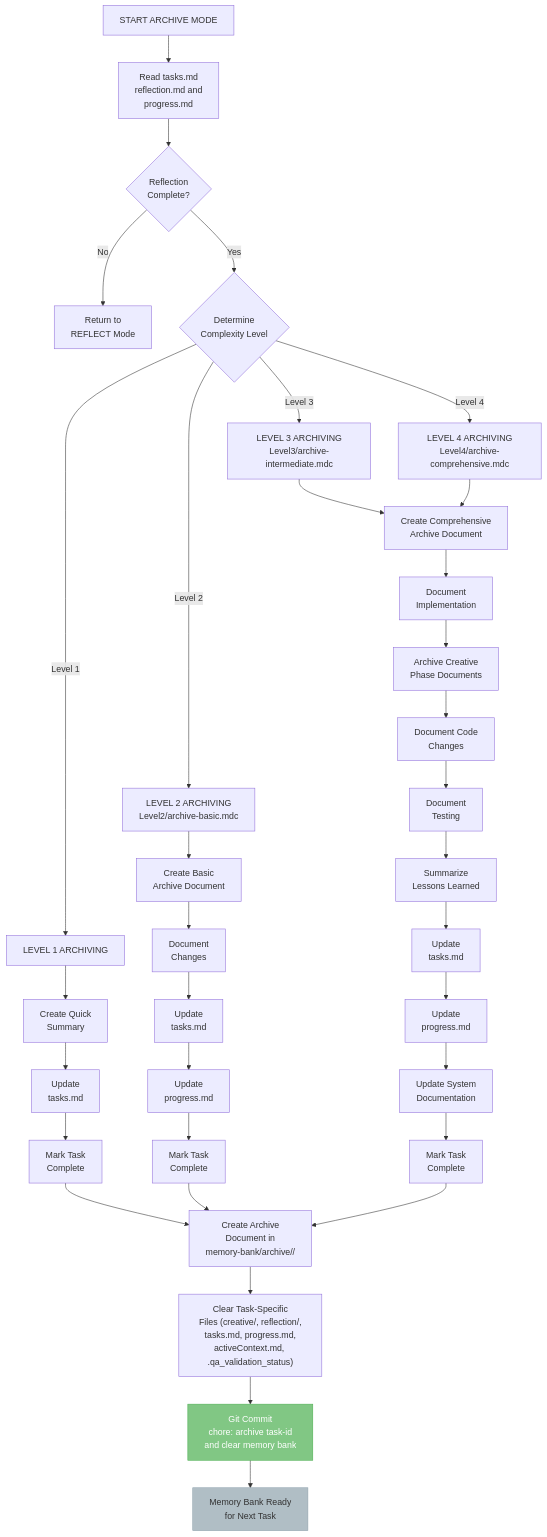
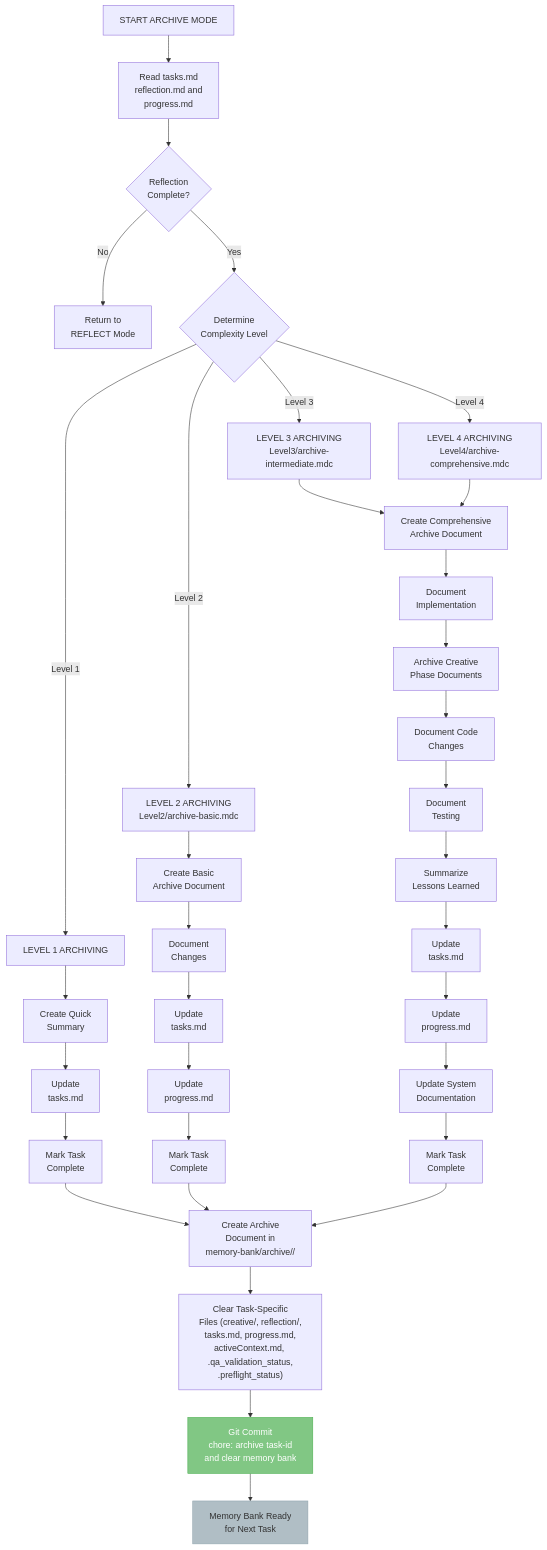
The first of 6 diagrams in rulesets/niko/niko/visual-maps/archive-mode-map.mdc (Texarkanine/.cursor-rules), drawn with Mermaid before and after one commit. The commit also changed other lines of this file and 22 other files, not shown here.

````diff
--- a/rulesets/niko/niko/visual-maps/archive-mode-map.mdc
+++ b/rulesets/niko/niko/visual-maps/archive-mode-map.mdc
@@ -13,48 +13,48 @@
 ```mermaid
 graph TD
     Start["START ARCHIVE MODE"] --> ReadTasks["Read tasks.md<br>reflection.md and<br>progress.md"]
     
     %% Initial Assessment
     ReadTasks --> VerifyReflect{"Reflection<br>Complete?"}
     VerifyReflect -->|"No"| ReturnReflect["Return to<br>REFLECT Mode"]
     VerifyReflect -->|"Yes"| AssessLevel{"Determine<br>Complexity Level"}
     
     %% Level-Based Archiving
     AssessLevel -->|"Level 1"| L1Archive["LEVEL 1 ARCHIVING"]
     AssessLevel -->|"Level 2"| L2Archive["LEVEL 2 ARCHIVING<br>Level2/archive-basic.mdc"]
     AssessLevel -->|"Level 3"| L3Archive["LEVEL 3 ARCHIVING<br>Level3/archive-intermediate.mdc"]
     AssessLevel -->|"Level 4"| L4Archive["LEVEL 4 ARCHIVING<br>Level4/archive-comprehensive.mdc"]
     
     %% Level 1 Archiving (Minimal)
     L1Archive --> L1Summary["Create Quick<br>Summary"]
     L1Summary --> L1Task["Update<br>tasks.md"]
     L1Task --> L1Complete["Mark Task<br>Complete"]
     
     %% Level 2 Archiving (Basic)
     L2Archive --> L2Summary["Create Basic<br>Archive Document"]
     L2Summary --> L2Doc["Document<br>Changes"]
     L2Doc --> L2Task["Update<br>tasks.md"]
     L2Task --> L2Progress["Update<br>progress.md"]
     L2Progress --> L2Complete["Mark Task<br>Complete"]
     
     %% Level 3-4 Archiving (Comprehensive)
     L3Archive & L4Archive --> L34Summary["Create Comprehensive<br>Archive Document"]
     L34Summary --> L34Doc["Document<br>Implementation"]
     L34Doc --> L34Creative["Archive Creative<br>Phase Documents"]
     L34Creative --> L34Code["Document Code<br>Changes"]
     L34Code --> L34Test["Document<br>Testing"]
     L34Test --> L34Lessons["Summarize<br>Lessons Learned"]
     L34Lessons --> L34Task["Update<br>tasks.md"]
     L34Task --> L34Progress["Update<br>progress.md"]
     L34Progress --> L34System["Update System<br>Documentation"]
     L34System --> L34Complete["Mark Task<br>Complete"]
     
     %% Completion - Archive, Clear, and Commit
     L1Complete & L2Complete & L34Complete --> CreateArchive["Create Archive<br>Document in<br>memory-bank/archive/<kind>/"]
-    CreateArchive --> ClearFiles["Clear Task-Specific<br>Files (creative/, reflection/,<br>tasks.md, progress.md,<br>activeContext.md, .qa_validation_status)"]
+    CreateArchive --> ClearFiles["Clear Task-Specific<br>Files (creative/, reflection/,<br>tasks.md, progress.md,<br>activeContext.md, .qa_validation_status,<br>.preflight_status)"]
     ClearFiles --> GitCommit["Git Commit<br>chore: archive task-id<br>and clear memory bank"]
     GitCommit --> Ready["Memory Bank Ready<br>for Next Task"]
     
     style GitCommit fill:#81c784,stroke:#4caf50,color:#fff
     style Ready fill:#b0bec5,stroke:#90a4ae
 ```
````
